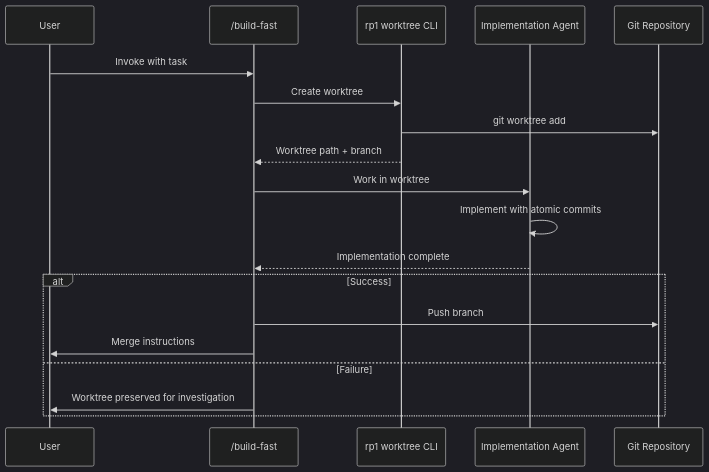
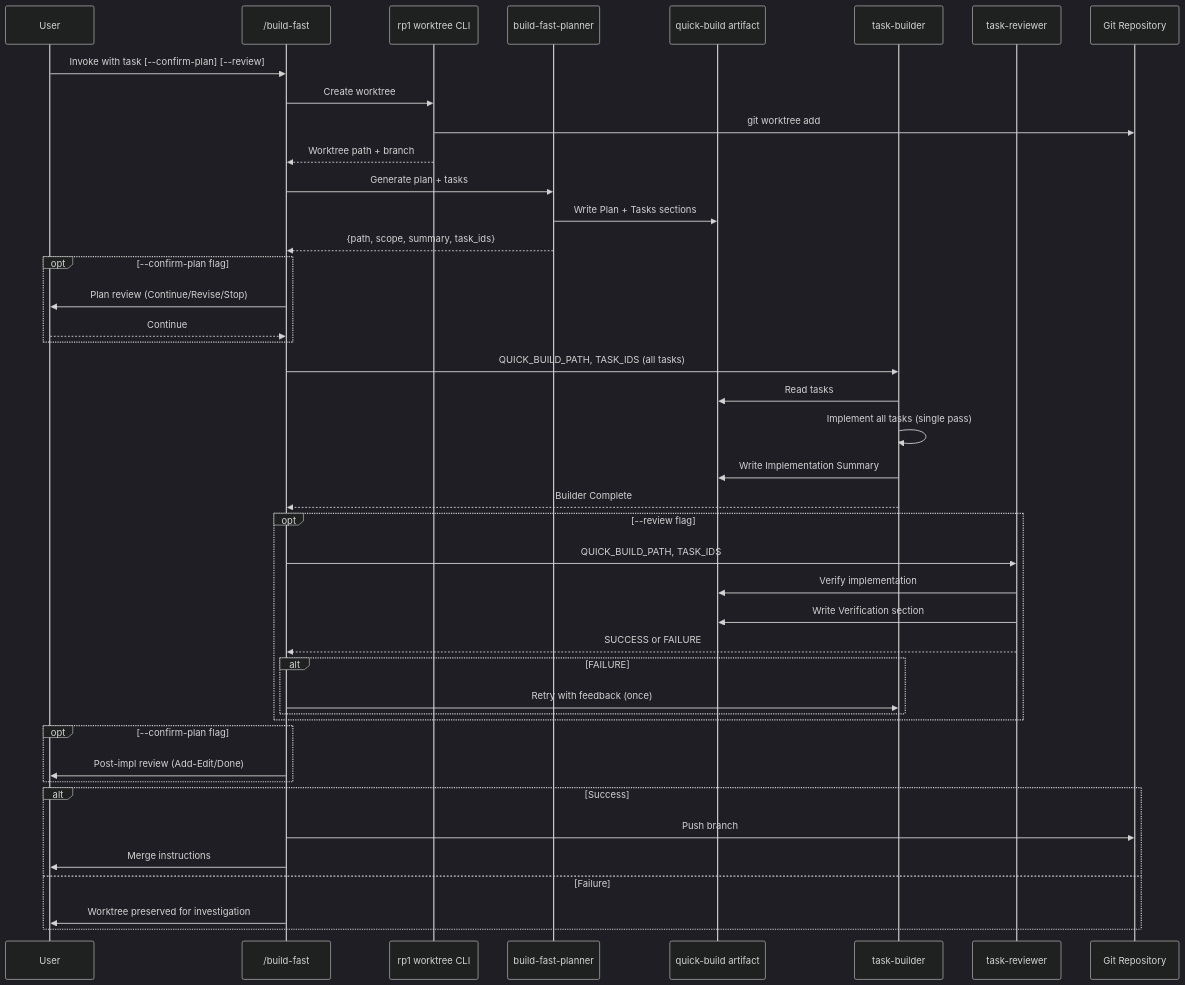
One commit to rp1-run/rp1 changed the fifth of 6 diagrams in .rp1/context/architecture.md. Above: the diagram before and after it, drawn with Mermaid (dark theme).

Commit message:
docs(feature-build-fast-confirm): update build-fast architecture diagram for TD3
Update Build-Fast (Worktree) Flow sequence diagram to reflect new workflow:
- Add build-fast-planner, quick-build artifact, task-builder, task-reviewer participants
- Document planning phase with artifact generation
- Add optional --confirm-plan checkpoints (plan review and post-implementation)
- Document task-builder single-pass execution with QUICK_BUILD_PATH parameter
- Add optional --review flag triggering task-reviewer validation with retry on failure

Generated with AI

````diff
--- a/.rp1/context/architecture.md
+++ b/.rp1/context/architecture.md
@@ -231,22 +231,52 @@
 ```mermaid
 sequenceDiagram
     participant User
     participant Command as /build-fast
     participant CLI as rp1 worktree CLI
-    participant Agent as Implementation Agent
+    participant Planner as build-fast-planner
+    participant Artifact as quick-build artifact
+    participant TB as task-builder
+    participant TR as task-reviewer
     participant Git as Git Repository
 
-    User->>Command: Invoke with task
+    User->>Command: Invoke with task [--confirm-plan] [--review]
     Command->>CLI: Create worktree
     CLI->>Git: git worktree add
     CLI-->>Command: Worktree path + branch
-    Command->>Agent: Work in worktree
-    Agent->>Agent: Implement with atomic commits
-    Agent-->>Command: Implementation complete
+
+    Command->>Planner: Generate plan + tasks
+    Planner->>Artifact: Write Plan + Tasks sections
+    Planner-->>Command: {path, scope, summary, task_ids}
+
+    opt --confirm-plan flag
+        Command->>User: Plan review (Continue/Revise/Stop)
+        User-->>Command: Continue
+    end
+
+    Command->>TB: QUICK_BUILD_PATH, TASK_IDS (all tasks)
+    TB->>Artifact: Read tasks
+    TB->>TB: Implement all tasks (single pass)
+    TB->>Artifact: Write Implementation Summary
+    TB-->>Command: Builder Complete
+
+    opt --review flag
+        Command->>TR: QUICK_BUILD_PATH, TASK_IDS
+        TR->>Artifact: Verify implementation
+        TR->>Artifact: Write Verification section
+        TR-->>Command: SUCCESS or FAILURE
+        alt FAILURE
+            Command->>TB: Retry with feedback (once)
+        end
+    end
+
+    opt --confirm-plan flag
+        Command->>User: Post-impl review (Add-Edit/Done)
+    end
+
     alt Success
         Command->>Git: Push branch
         Command->>User: Merge instructions
     else Failure
         Command->>User: Worktree preserved for investigation
     end
 ```
````
